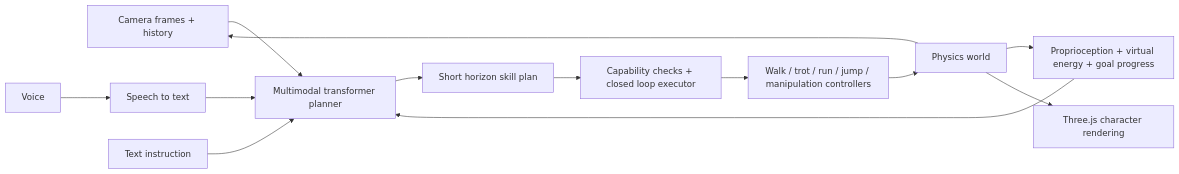
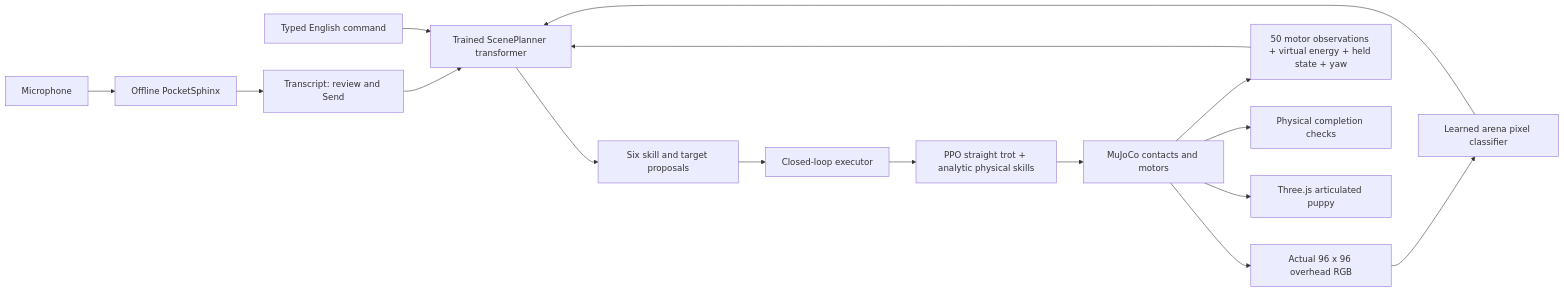
The diagram in docs/MULTIMODAL.md (sanjuhs/robo-pup-decision-model), drawn with Mermaid before and after one commit. The commit also changed other lines of this file and 28 other files, not shown here.

Commit message:
Add camera plan and voice arena UI with verified fetch recording and research docs

````diff
--- a/docs/MULTIMODAL.md
+++ b/docs/MULTIMODAL.md
@@ -6,15 +7,18 @@
 ```mermaid
 flowchart LR
-  C[Camera frames + history] --> P[Multimodal transformer planner]
-  V[Voice] --> A[Speech to text]
-  A --> P
-  T[Text instruction] --> P
-  S[Proprioception + virtual energy + goal progress] --> P
-  P --> H[Short horizon skill plan]
-  H --> E[Capability checks + closed loop executor]
-  E --> M[Walk / trot / run / jump / manipulation controllers]
-  M --> W[Physics world]
-  W --> C
-  W --> S
-  W --> R[Three.js character rendering]
+  V[Microphone] --> ASR[Offline PocketSphinx]
+  ASR --> REVIEW[Transcript: review and Send]
+  REVIEW --> P[Trained ScenePlanner transformer]
+  T[Typed English command] --> P
+  C[Actual 96 x 96 overhead RGB] --> PIX[Learned arena pixel classifier]
+  PIX --> P
+  S[50 motor observations + virtual energy + held state + yaw] --> P
+  P --> SIX[Six skill and target proposals]
+  SIX --> E[Closed-loop executor]
+  E --> MOTOR[PPO straight trot + analytic physical skills]
+  MOTOR --> WORLD[MuJoCo contacts and motors]
+  WORLD --> C
+  WORLD --> S
+  WORLD --> CHECK[Physical completion checks]
+  WORLD --> WEB[Three.js articulated puppy]
 ```
````
